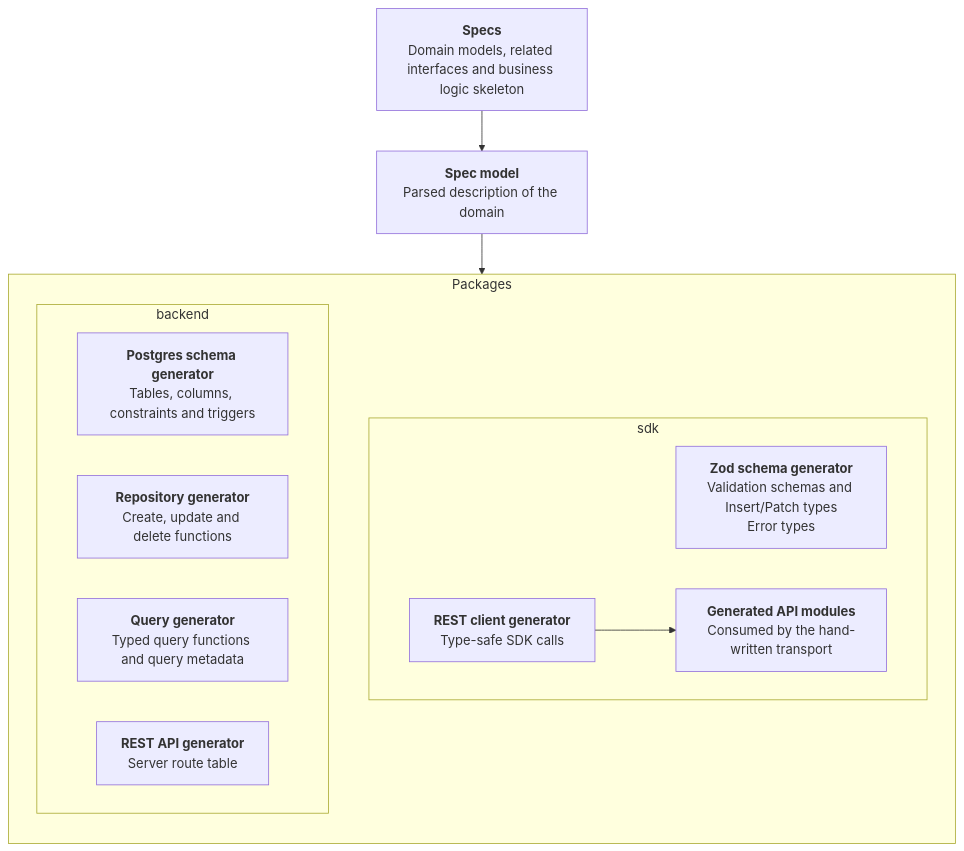
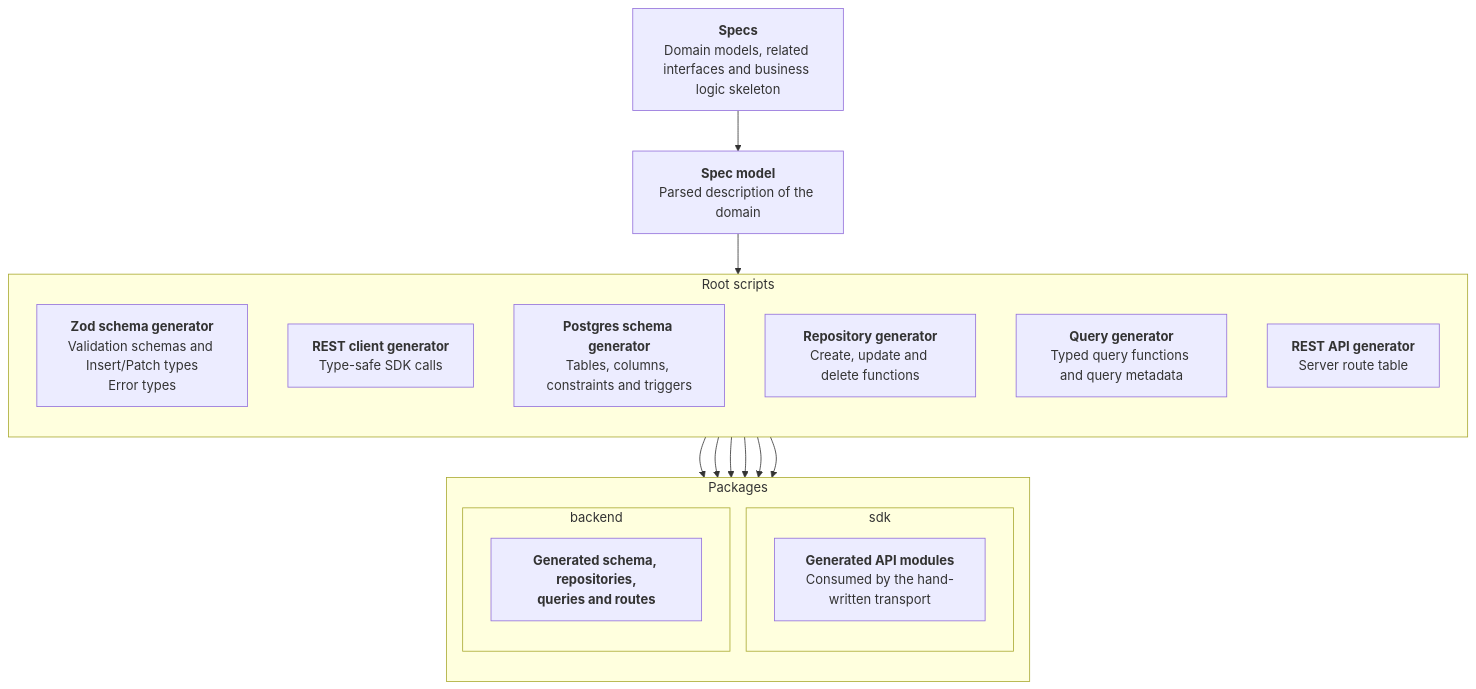
Before and after one commit to Ciantic/experiment-with-ts-spec: the first of 2 diagrams in README.md, drawn with Mermaid. The commit also changed 197 other files, not shown here.

````diff
--- a/README.md
+++ b/README.md
@@ -20,25 +20,35 @@
 ```mermaid
 flowchart TD
     specs["<b>Specs</b><br/>Domain models, related interfaces and business logic skeleton"]
     specModel["<b>Spec model</b><br/>Parsed description of the domain"]
 
     specs --> specModel
 
+    subgraph scripts["Root scripts"]
+        direction TB
+        zod["<b>Zod schema generator</b><br/>Validation schemas and Insert/Patch types<br/>Error types"]
+        restClient["<b>REST client generator</b><br/>Type-safe SDK calls"]
+        pgSchema["<b>Postgres schema generator</b><br/>Tables, columns, constraints and triggers"]
+        repositories["<b>Repository generator</b><br/>Create, update and delete functions"]
+        queries["<b>Query generator</b><br/>Typed query functions and query metadata"]
+        restApi["<b>REST API generator</b><br/>Server route table"]
+    end
+
     subgraph packages["Packages"]
         direction TB
         subgraph sdkPkg["sdk"]
-            zod["<b>Zod schema generator</b><br/>Validation schemas and Insert/Patch types<br/>Error types"]
-            restClient["<b>REST client generator</b><br/>Type-safe SDK calls"]
             sdkApi["<b>Generated API modules</b><br/>Consumed by the hand-written transport"]
         end
         subgraph backendPkg["backend"]
-            pgSchema["<b>Postgres schema generator</b><br/>Tables, columns, constraints and triggers"]
-            repositories["<b>Repository generator</b><br/>Create, update and delete functions"]
-            queries["<b>Query generator</b><br/>Typed query functions and query metadata"]
-            restApi["<b>REST API generator</b><br/>Server route table"]
+            backendArtifacts["<b>Generated schema, repositories,<br/>queries and routes</b>"]
         end
     end
 
-    specModel --> packages
+    specModel --> scripts
+    zod --> sdkApi
     restClient --> sdkApi
+    pgSchema --> backendArtifacts
+    repositories --> backendArtifacts
+    queries --> backendArtifacts
+    restApi --> backendArtifacts
 ```
````
